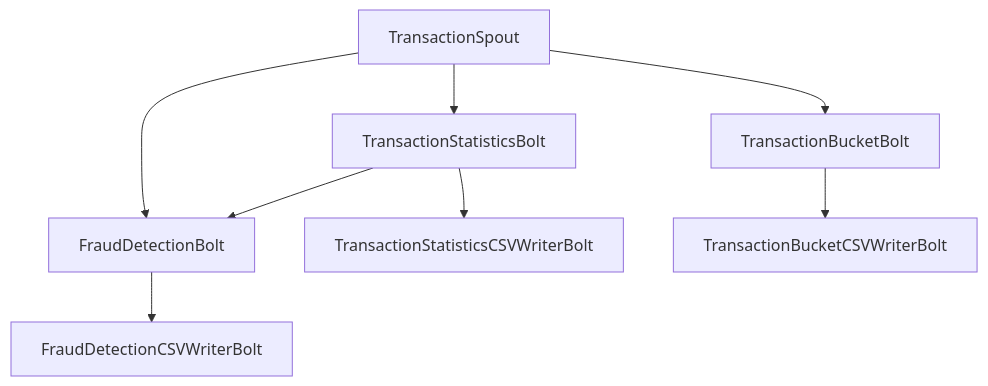
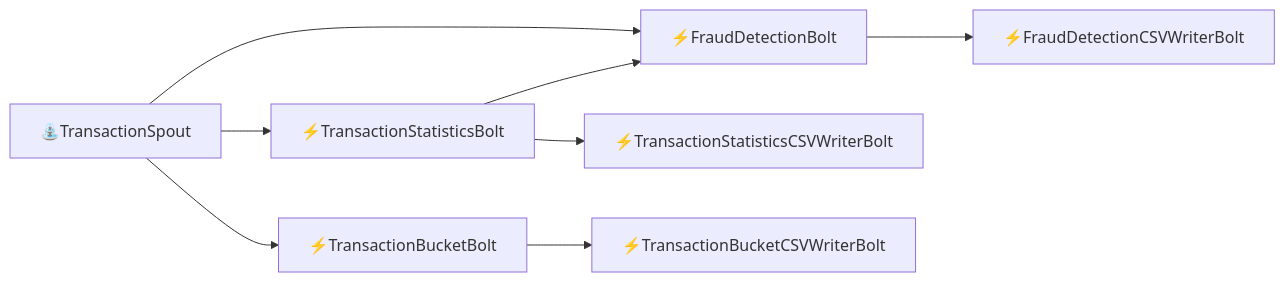
The diagram in README.md (Velnbur/apache-storm-example), drawn with Mermaid before and after one commit. The commit also changed other lines of this file and 11 other files, not shown here.

````diff
--- a/README.md
+++ b/README.md
@@ -5,10 +11,10 @@
 ```mermaid
-graph TD
-    A[TransactionSpout] --> B[TransactionStatisticsBolt]
-    A --> C[FraudDetectionBolt]
-    A --> F[TransactionBucketBolt]
-    B --> D[TransactionStatisticsCSVWriterBolt]
+graph LR
+    A[⛲TransactionSpout] --> B[⚡TransactionStatisticsBolt]
+    A --> C[⚡FraudDetectionBolt]
+    A --> F[⚡TransactionBucketBolt]
+    B --> D[⚡TransactionStatisticsCSVWriterBolt]
     B --> C
-    C --> E[FraudDetectionCSVWriterBolt]
-    F --> G[TransactionBucketCSVWriterBolt]
+    C --> E[⚡FraudDetectionCSVWriterBolt]
+    F --> G[⚡TransactionBucketCSVWriterBolt]
 ```
````
